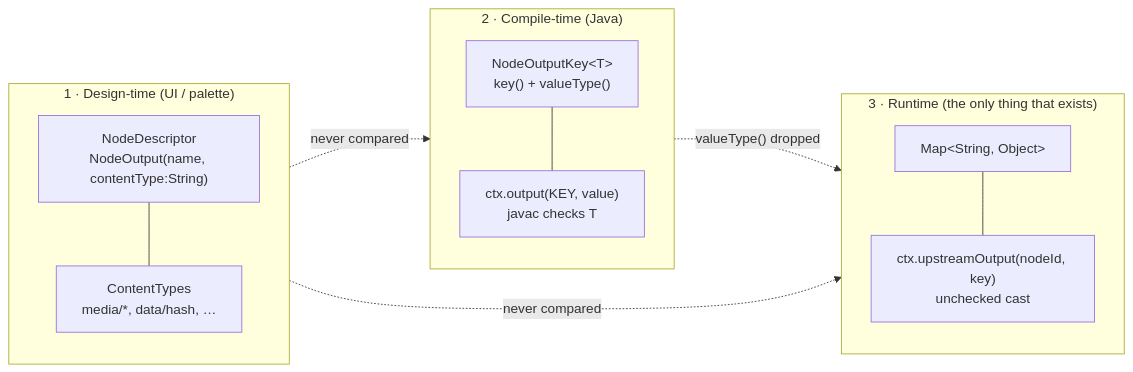
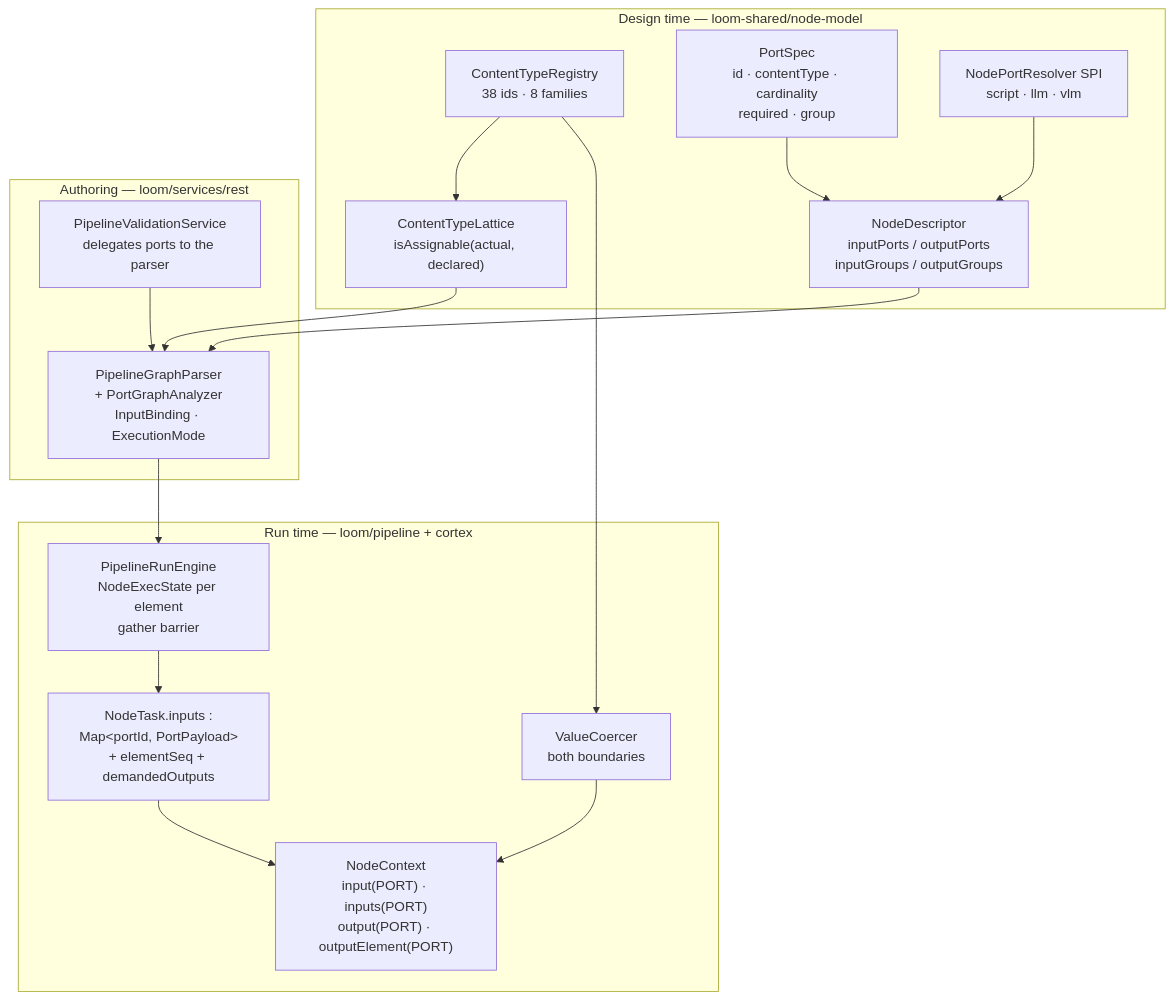
Before and after one commit to metaloom/metaloom: the first of 2 diagrams in spec/features/pipeline/NODE_DATA_TYPES.md, drawn with Mermaid. The commit also changed other lines of this file and 351 other files, not shown here.

Commit message:
Rework pipeline node type handling

````diff
--- a/spec/features/pipeline/NODE_DATA_TYPES.md
+++ b/spec/features/pipeline/NODE_DATA_TYPES.md
@@ -33,21 +40,30 @@
 ```mermaid
-graph LR
-    subgraph DT["1 · Design-time (UI / palette)"]
-        D1["NodeDescriptor<br/>NodeOutput(name, contentType:String)"]
-        D2["ContentTypes<br/>media/*, data/hash, …"]
-        D1 --- D2
+graph TB
+    subgraph DESIGN["Design time — loom-shared/node-model"]
+        CT["ContentTypeRegistry<br/>38 ids · 8 families"]
+        LAT["ContentTypeLattice<br/>isAssignable(actual, declared)"]
+        PS["PortSpec<br/>id · contentType · cardinality<br/>required · group"]
+        ND["NodeDescriptor<br/>inputPorts / outputPorts<br/>inputGroups / outputGroups"]
+        RES["NodePortResolver SPI<br/>script · llm · vlm"]
+        CT --> LAT
+        PS --> ND
+        RES --> ND
     end
-    subgraph CT["2 · Compile-time (Java)"]
-        C1["NodeOutputKey&lt;T&gt;<br/>key() + valueType()"]
-        C2["ctx.output(KEY, value)<br/>javac checks T"]
-        C1 --- C2
+    subgraph AUTHOR["Authoring — loom/services/rest"]
+        VAL["PipelineValidationService<br/>delegates ports to the parser"]
+        GP["PipelineGraphParser<br/>+ PortGraphAnalyzer<br/>InputBinding · ExecutionMode"]
+        VAL --> GP
     end
-    subgraph RT["3 · Runtime (the only thing that exists)"]
-        R1["Map&lt;String, Object&gt;"]
-        R2["ctx.upstreamOutput(nodeId, key)<br/>unchecked cast"]
-        R1 --- R2
+    subgraph RUN["Run time — loom/pipeline + cortex"]
+        EN["PipelineRunEngine<br/>NodeExecState per element<br/>gather barrier"]
+        WIRE["NodeTask.inputs :<br/>Map&lt;portId, PortPayload&gt;<br/>+ elementSeq + demandedOutputs"]
+        NC["NodeContext<br/>input(PORT) · inputs(PORT)<br/>output(PORT) · outputElement(PORT)"]
+        VC["ValueCoercer<br/>both boundaries"]
+        EN --> WIRE --> NC
+        VC --> NC
     end
-    DT -. "never compared" .-> CT
-    CT -. "valueType() dropped" .-> RT
-    DT -. "never compared" .-> RT
+    LAT --> GP
+    CT --> VC
+    ND --> GP
+    GP --> EN
 ```
````
